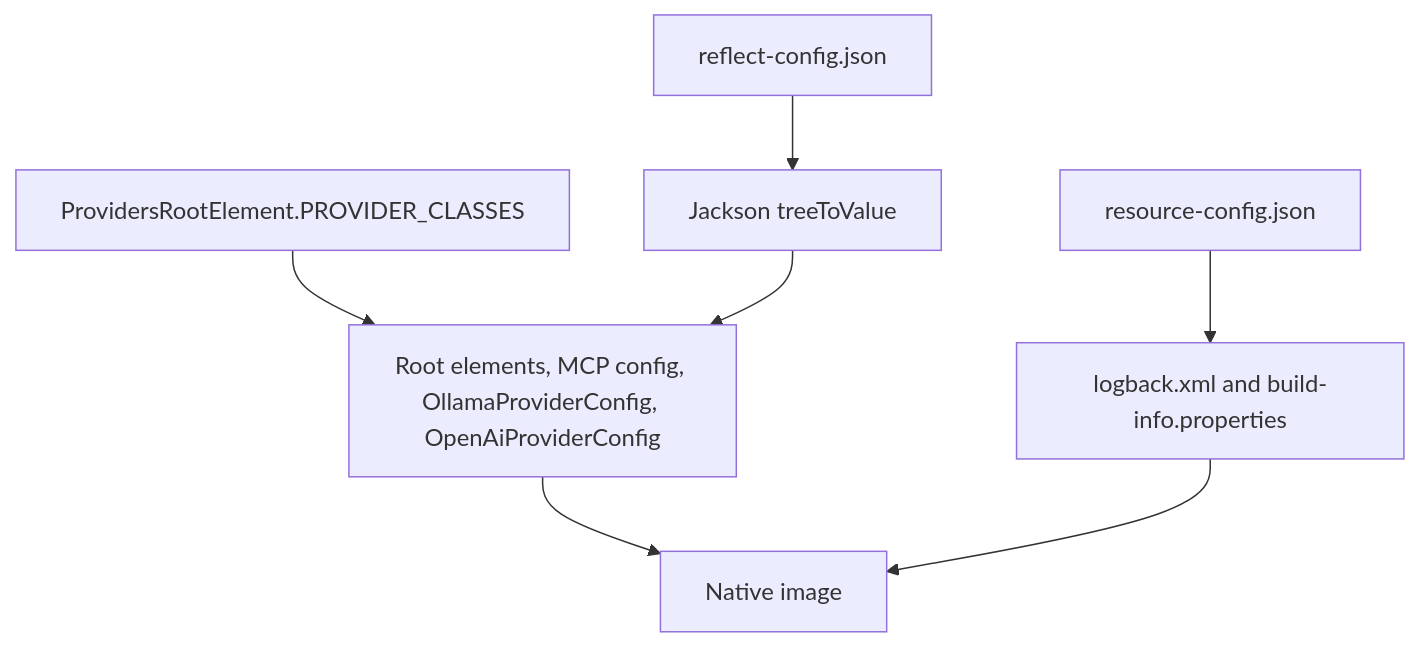
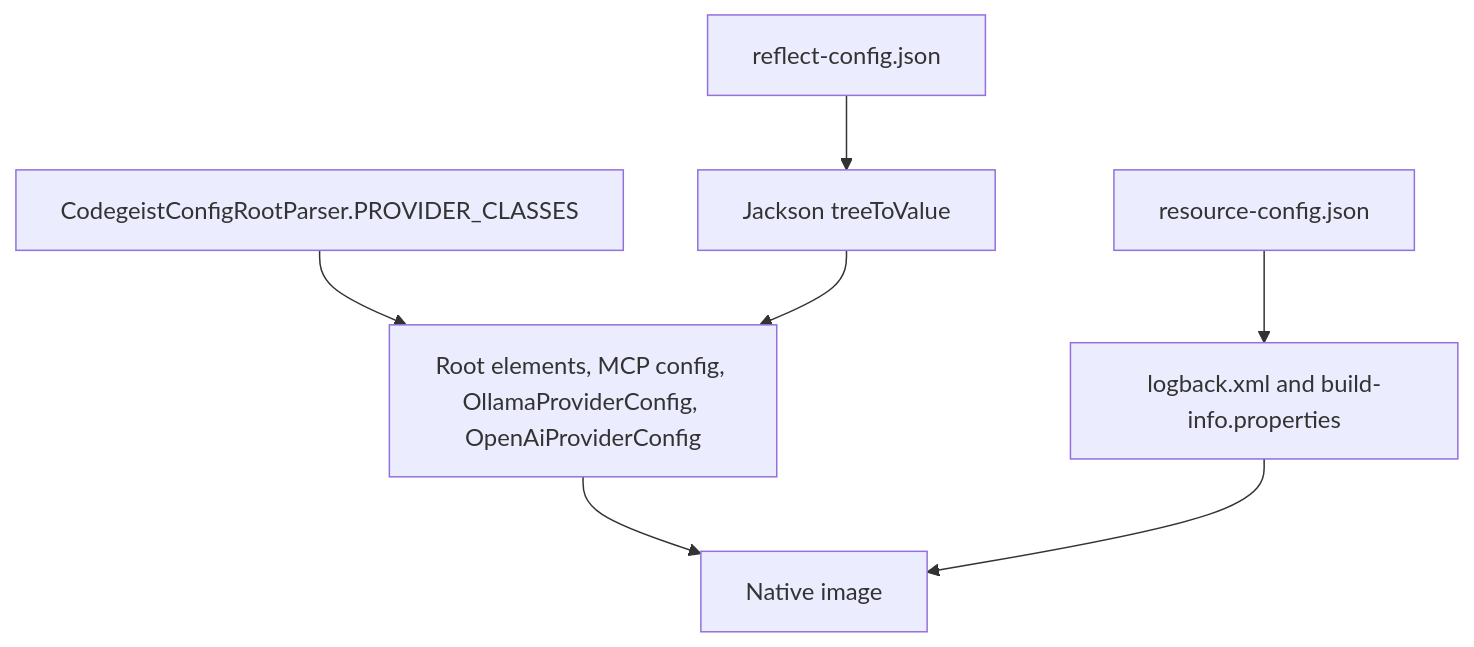
The fourth of 5 diagrams in docs/developer/architecture/provider-configuration.md (codegeist-ai/codegeist), drawn with Mermaid before and after one commit. The commit also changed other lines of this file and 46 other files, not shown here.

````diff
--- a/docs/developer/architecture/provider-configuration.md
+++ b/docs/developer/architecture/provider-configuration.md
@@ -344,17 +393,17 @@
 ```mermaid
 flowchart TD
-    Registry[ProvidersRootElement.PROVIDER_CLASSES]
+    Registry[CodegeistConfigRootParser.PROVIDER_CLASSES]
     ProviderClasses[Root elements, MCP config, OllamaProviderConfig, OpenAiProviderConfig]
     Reflect[reflect-config.json]
     Jackson[Jackson treeToValue]
     Resources[resource-config.json]
     RuntimeFiles[logback.xml and build-info.properties]
     Native[Native image]
 
     Registry --> ProviderClasses
     ProviderClasses --> Native
     Reflect --> Jackson
     Jackson --> ProviderClasses
     Resources --> RuntimeFiles
     RuntimeFiles --> Native
 ```
````
